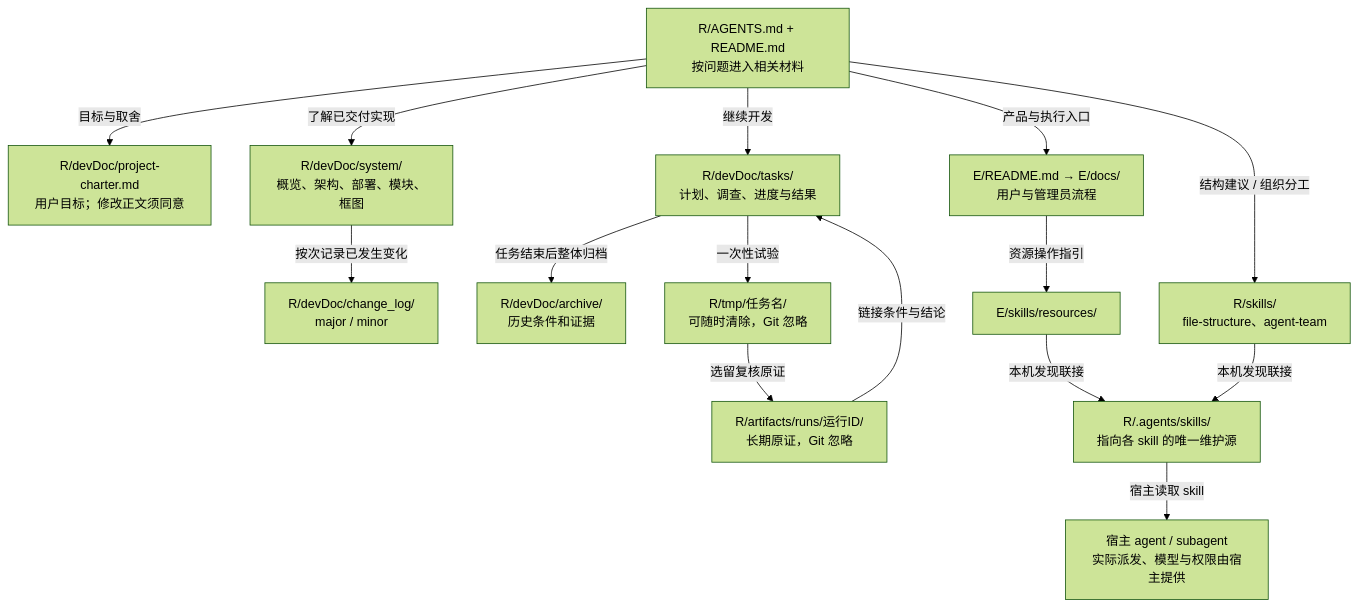
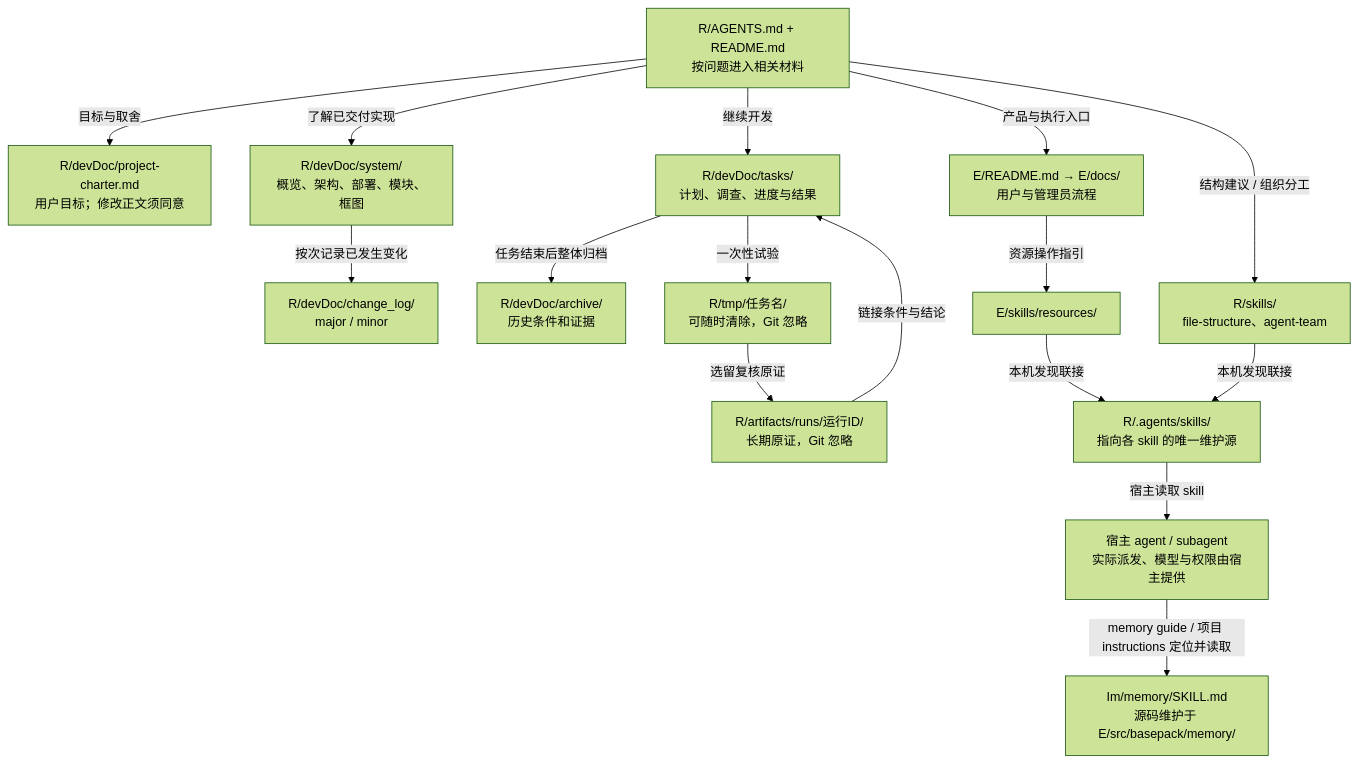
Before and after one commit to YS-Pan/basePack: the eighth of 8 diagrams in devDoc/system/diagrams.md, drawn with Mermaid (forest theme). The commit also changed other lines of this file and 17 other files, not shown here.

Commit message:
feat: ship SurrealDB project memory in basepack 0.6.0

````diff
--- a/devDoc/system/diagrams.md
+++ b/devDoc/system/diagrams.md
@@ -147,18 +207,19 @@
 ```mermaid
 flowchart TB
   entry["R/AGENTS.md + README.md<br/>按问题进入相关材料"]
   entry -->|目标与取舍| charter["R/devDoc/project-charter.md<br/>用户目标；修改正文须同意"]
   entry -->|了解已交付实现| system["R/devDoc/system/<br/>概览、架构、部署、模块、框图"]
   entry -->|继续开发| tasks["R/devDoc/tasks/<br/>计划、调查、进度与结果"]
   tasks -->|任务结束后整体归档| archive["R/devDoc/archive/<br/>历史条件和证据"]
   entry -->|产品与执行入口| route["E/README.md → E/docs/<br/>用户与管理员流程"]
   entry -->|结构建议 / 组织分工| general["R/skills/<br/>file-structure、agent-team"]
   route -->|资源操作指引| resources["E/skills/resources/"]
   general -->|本机发现联接| junction["R/.agents/skills/<br/>指向各 skill 的唯一维护源"]
   resources -->|本机发现联接| junction
   junction -->|宿主读取 skill| host["宿主 agent / subagent<br/>实际派发、模型与权限由宿主提供"]
+  host -->|memory guide / 项目 instructions 定位并读取| memory["Im/memory/SKILL.md<br/>源码维护于 E/src/basepack/memory/"]
   tasks -->|一次性试验| temp["R/tmp/任务名/<br/>可随时清除，Git 忽略"]
   temp -->|选留复核原证| evidence["R/artifacts/runs/运行ID/<br/>长期原证，Git 忽略"]
   evidence -->|链接条件与结论| tasks
   system -->|按次记录已发生变化| changes["R/devDoc/change_log/<br/>major / minor"]
 ```
````
